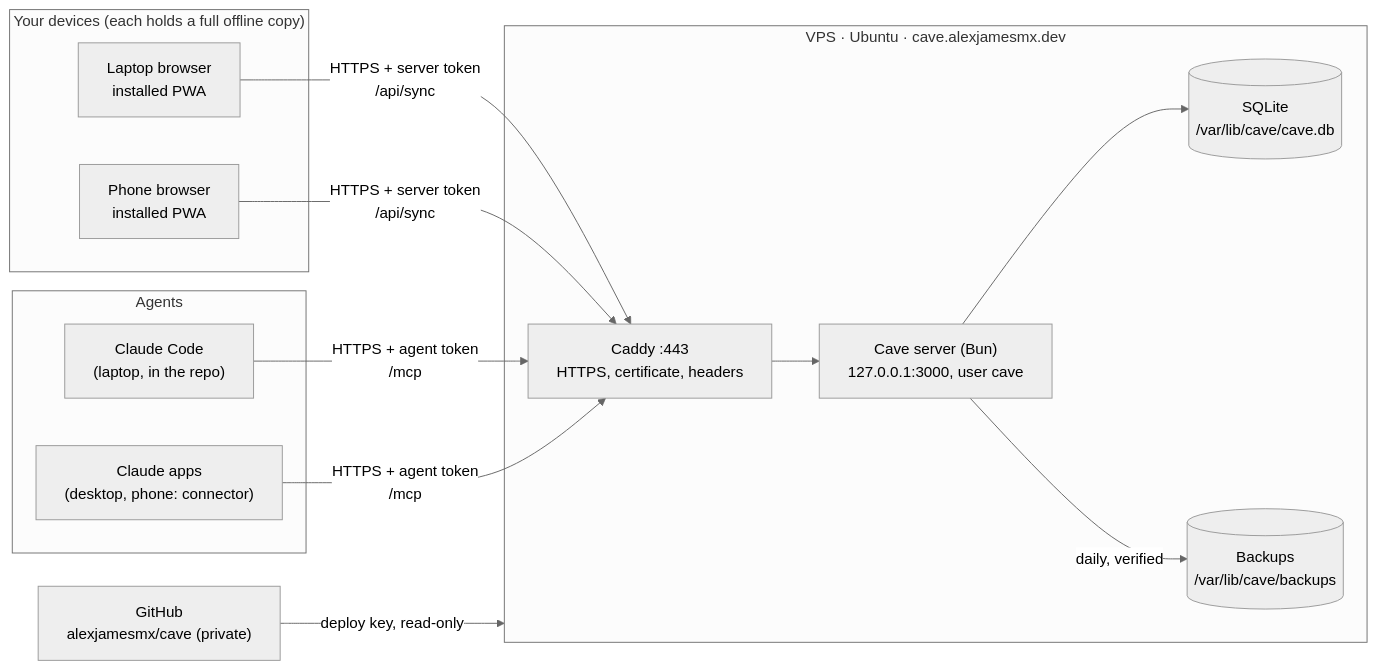
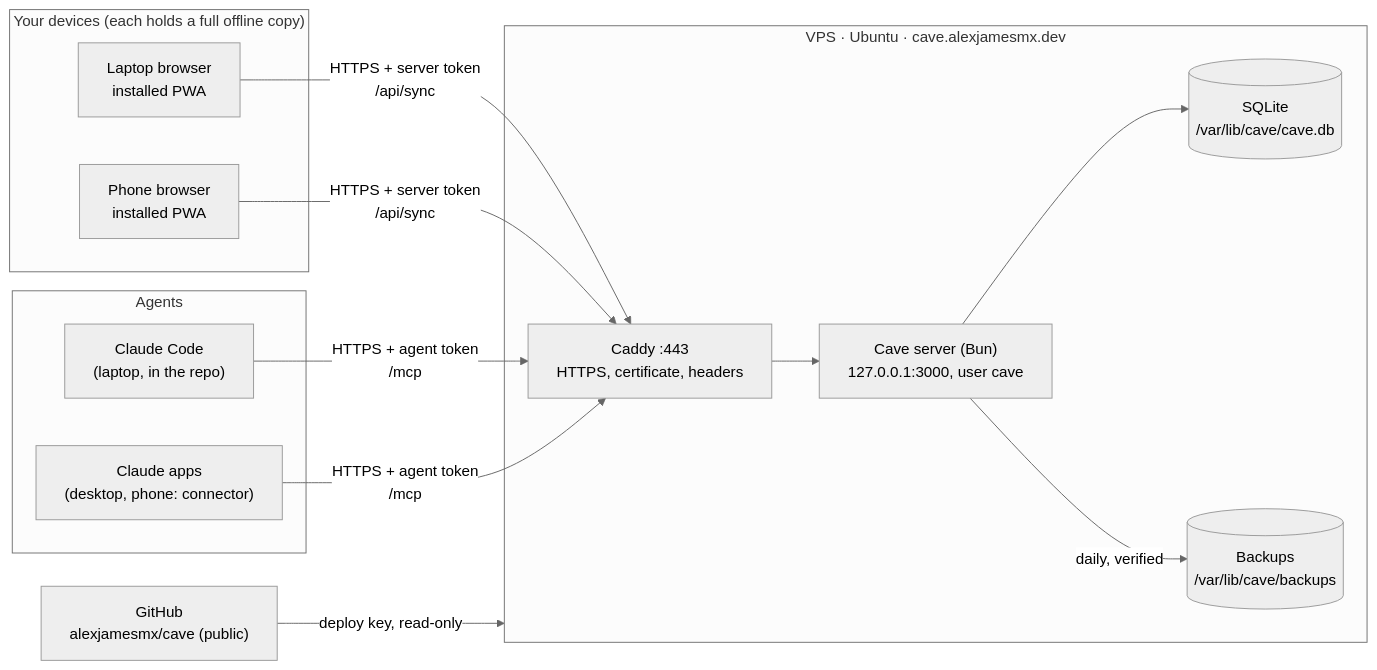
The first of 5 diagrams in docs/system.md (alexjamesmx/cave), drawn with Mermaid (neutral theme) before and after one commit. The commit also changed other lines of this file and 4 other files, not shown here.

````diff
--- a/docs/system.md
+++ b/docs/system.md
@@ -7,27 +7,27 @@
 ```mermaid
 flowchart LR
   subgraph Devices["Your devices (each holds a full offline copy)"]
     L["Laptop browser<br/>installed PWA"]
     P["Phone browser<br/>installed PWA"]
   end
   subgraph Agents["Agents"]
     CC["Claude Code<br/>(laptop, in the repo)"]
     CA["Claude apps<br/>(desktop, phone: connector)"]
   end
   subgraph VPS["VPS · Ubuntu · cave.alexjamesmx.dev"]
     C["Caddy :443<br/>HTTPS, certificate, headers"]
     S["Cave server (Bun)<br/>127.0.0.1:3000, user cave"]
     DB[("SQLite<br/>/var/lib/cave/cave.db")]
     B[("Backups<br/>/var/lib/cave/backups")]
   end
-  GH["GitHub<br/>alexjamesmx/cave (private)"]
+  GH["GitHub<br/>alexjamesmx/cave (public)"]
 
   L -- "HTTPS + server token<br/>/api/sync" --> C
   P -- "HTTPS + server token<br/>/api/sync" --> C
   CC -- "HTTPS + agent token<br/>/mcp" --> C
   CA -- "HTTPS + agent token<br/>/mcp" --> C
   C --> S
   S --> DB
   S -- "daily, verified" --> B
   GH -- "deploy key, read-only" --> VPS
 ```
````
